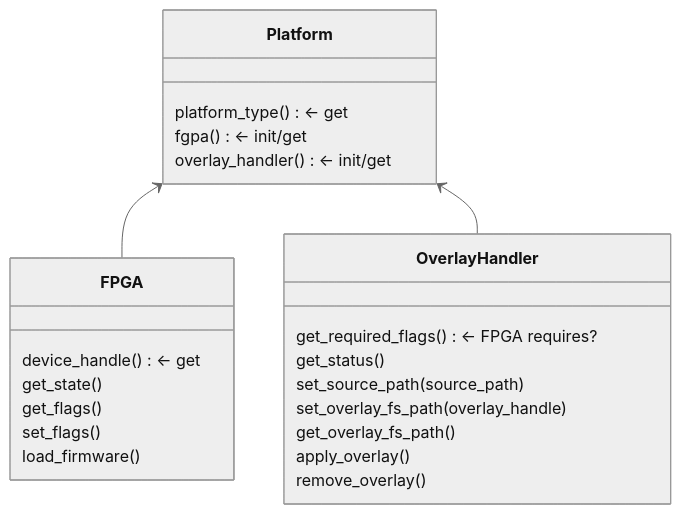
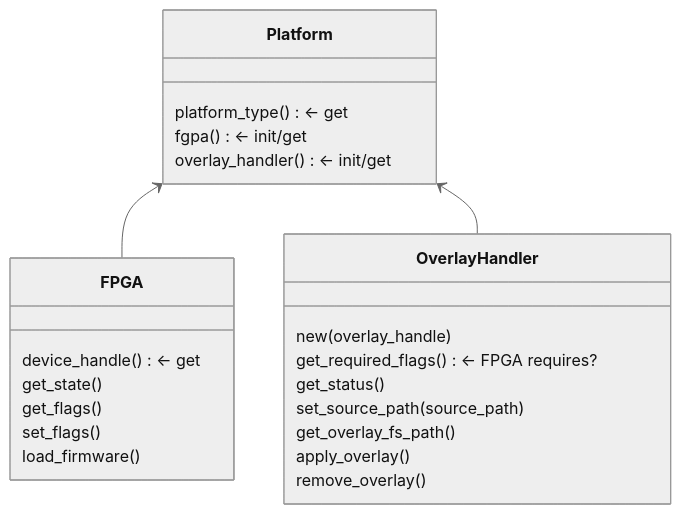
Before and after one commit to canonical/fpgad: the first of 2 diagrams in src/platforms/README.md, drawn with Mermaid (neutral theme). The commit also changed 5 other files, not shown here.

First line of the commit message:
platforms: overlay handler can no longer exist without overlay_fs_path

````diff
--- a/src/platforms/README.md
+++ b/src/platforms/README.md
@@ -7,26 +7,26 @@
 ```mermaid
 classDiagram
     class Platform {
         platform_type() <- get
         fgpa() <- init/get
         overlay_handler() <- init/get
     }
     class FPGA {
         device_handle() <- get
         get_state()
         get_flags()
         set_flags()
         load_firmware()
     }
     class OverlayHandler {
+        new(overlay_handle)
         get_required_flags() <- FPGA requires?
         get_status()
         set_source_path(source_path)
-        set_overlay_fs_path(overlay_handle)
         get_overlay_fs_path()
         apply_overlay()
         remove_overlay()
     }
     Platform <-- FPGA
     Platform <-- OverlayHandler
 ```
````
